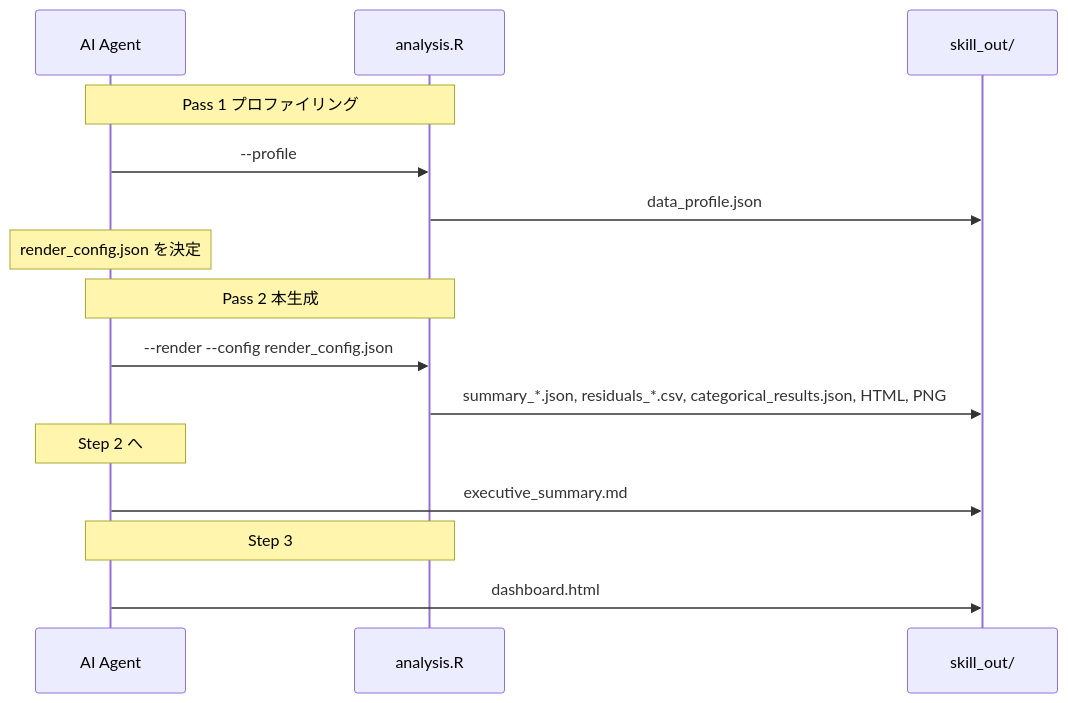
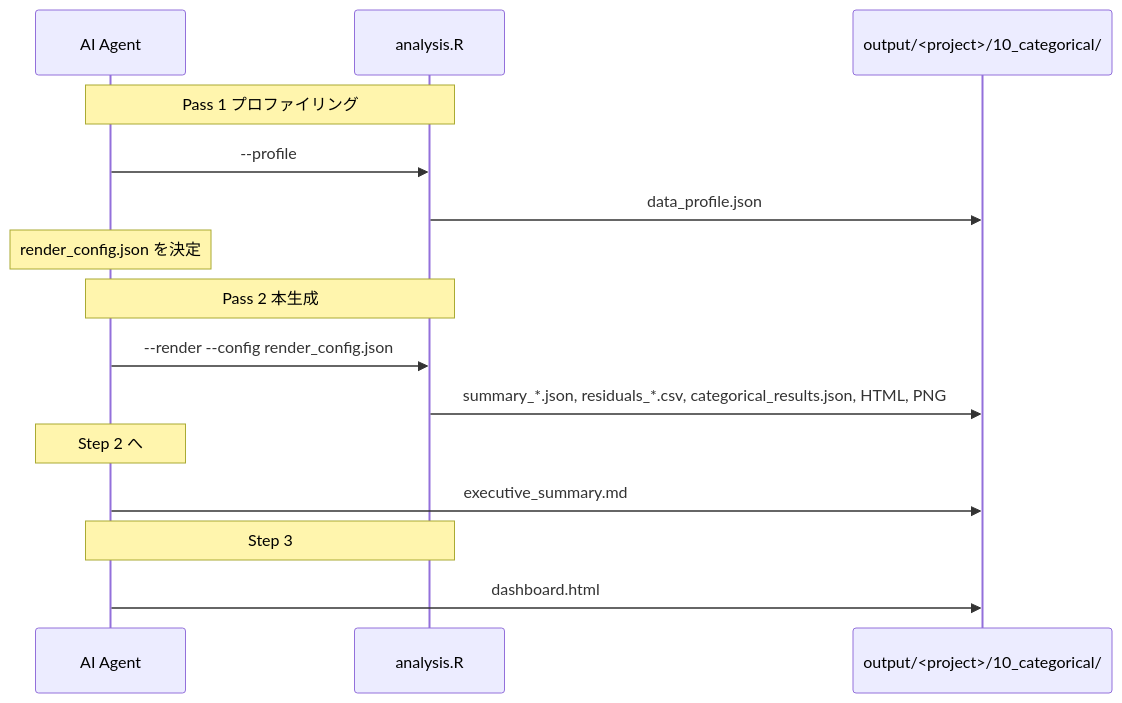
The second of 2 diagrams in .agents/skills/vcd-categorical-analysis/references/workflow.md (syrius2000/agentic-evidence-analysis), drawn with Mermaid before and after one commit. The commit also changed 36 other files, not shown here.

````diff
--- a/.agents/skills/vcd-categorical-analysis/references/workflow.md
+++ b/.agents/skills/vcd-categorical-analysis/references/workflow.md
@@ -24,21 +24,21 @@
 ```mermaid
 sequenceDiagram
     participant AI as AI Agent
     participant R as analysis.R
-    participant Out as skill_out/
+    participant Out as output/<project>/10_categorical/
 
     Note over AI,R: Pass 1 プロファイリング
     AI->>R: --profile
     R->>Out: data_profile.json
 
     Note over AI: render_config.json を決定
     Note over AI,R: Pass 2 本生成
     AI->>R: --render --config render_config.json
     R->>Out: summary_*.json, residuals_*.csv, categorical_results.json, HTML, PNG
 
     Note over AI: Step 2 へ
     AI->>Out: executive_summary.md
 
     Note over AI,R: Step 3
     AI->>Out: dashboard.html
 ```
````
